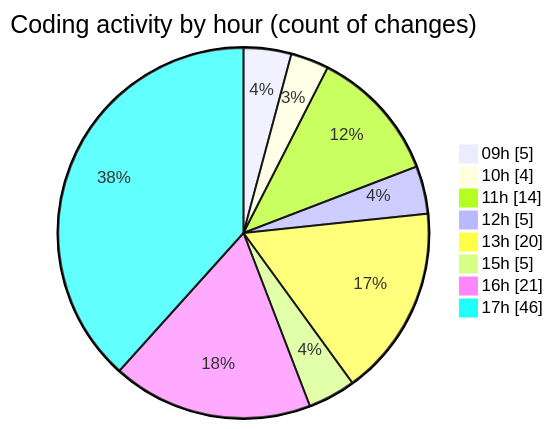
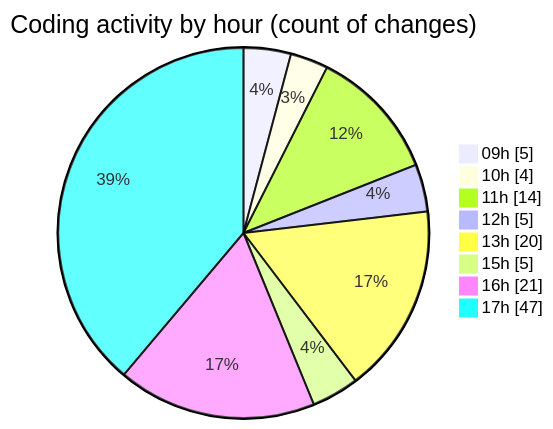
Before and after one commit to momahboobian/code-tracking: the second of 2 diagrams in 2025-09-11/cda/README.md, drawn with Mermaid. The commit also changed other lines of this file and 1 other file, not shown here.

````diff
--- a/2025-09-11/cda/README.md
+++ b/2025-09-11/cda/README.md
@@ -41,12 +41,12 @@
 ```mermaid
 pie showData
 title Coding activity by hour (count of changes)
 "09h" : 5
 "10h" : 4
 "11h" : 14
 "12h" : 5
 "13h" : 20
 "15h" : 5
 "16h" : 21
-"17h" : 46
+"17h" : 47
 ```
````
